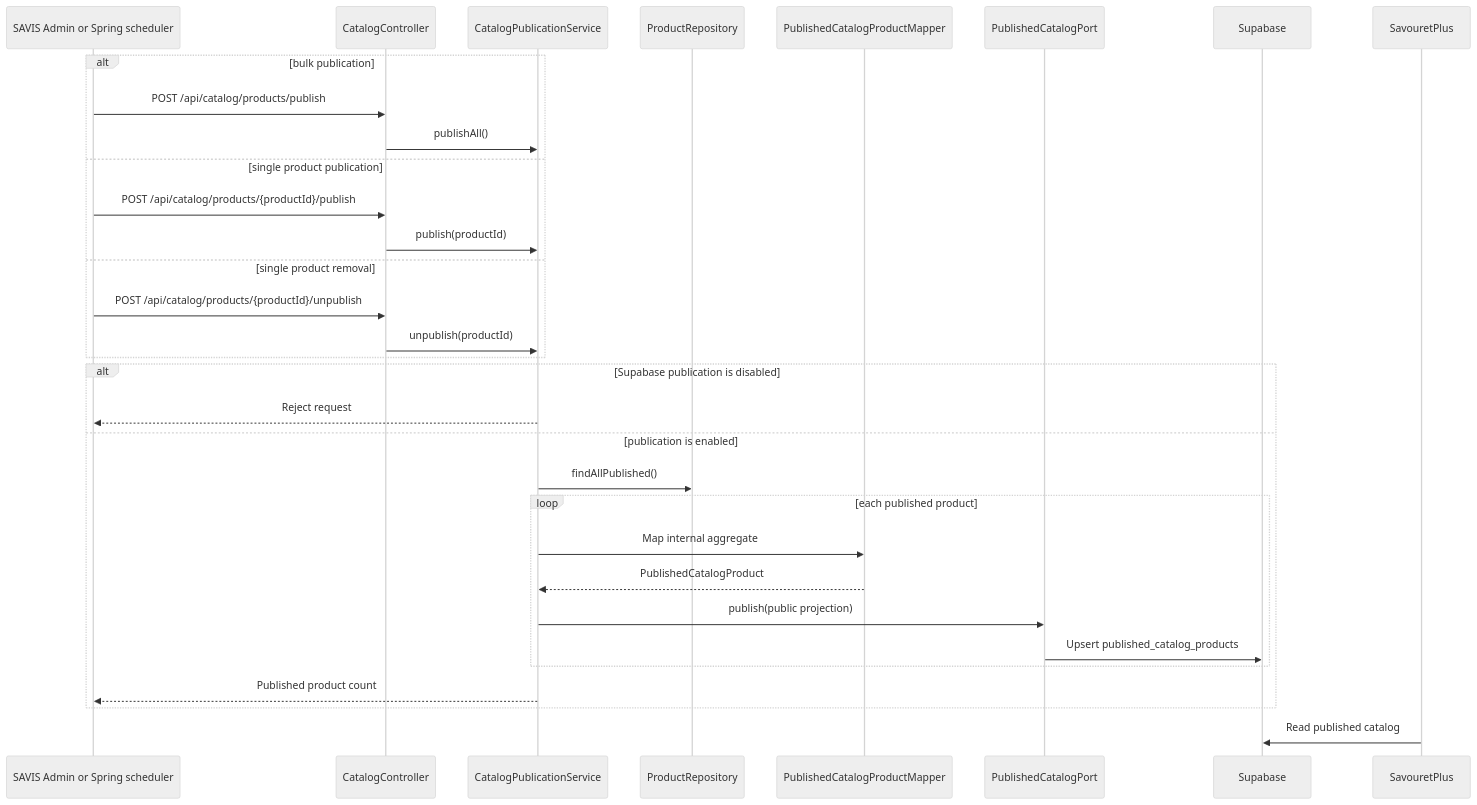
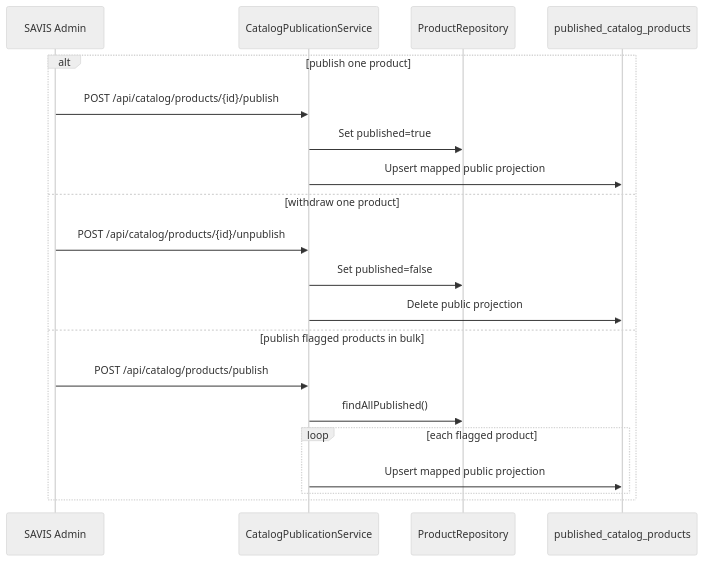
Diagram 14 of 20 in docs/ARCHITECTURE.md (wiljeanlouis/savis), drawn with Mermaid (neutral theme) before and after one commit. The commit also changed other lines of this file and 24 other files, not shown here.

First line of the commit message:
fix: Add Business Reference documentation for SAVIS API (#171)

````diff
--- a/docs/ARCHITECTURE.md
+++ b/docs/ARCHITECTURE.md
@@ -817,37 +908,23 @@
 ```mermaid
 sequenceDiagram
-  participant Trigger as SAVIS Admin or Spring scheduler
-  participant Controller as CatalogController
+  participant Admin as SAVIS Admin
   participant Publication as CatalogPublicationService
   participant Products as ProductRepository
-  participant Mapper as PublishedCatalogProductMapper
-  participant Port as PublishedCatalogPort
-  participant Supabase as Supabase
-  participant Storefront as SavouretPlus
+  participant Supabase as published_catalog_products
 
-  alt bulk publication
-    Trigger->>Controller: POST /api/catalog/products/publish
-    Controller->>Publication: publishAll()
-  else single product publication
-    Trigger->>Controller: POST /api/catalog/products/{productId}/publish
-    Controller->>Publication: publish(productId)
-  else single product removal
-    Trigger->>Controller: POST /api/catalog/products/{productId}/unpublish
-    Controller->>Publication: unpublish(productId)
+  alt publish one product
+    Admin->>Publication: POST /api/catalog/products/{id}/publish
+    Publication->>Products: Set published=true
+    Publication->>Supabase: Upsert mapped public projection
+  else withdraw one product
+    Admin->>Publication: POST /api/catalog/products/{id}/unpublish
+    Publication->>Products: Set published=false
+    Publication->>Supabase: Delete public projection
+  else publish flagged products in bulk
+    Admin->>Publication: POST /api/catalog/products/publish
+    Publication->>Products: findAllPublished()
+    loop each flagged product
+      Publication->>Supabase: Upsert mapped public projection
+    end
   end
-
-  alt Supabase publication is disabled
-    Publication-->>Trigger: Reject request
-  else publication is enabled
-    Publication->>Products: findAllPublished()
-    loop each published product
-      Publication->>Mapper: Map internal aggregate
-      Mapper-->>Publication: PublishedCatalogProduct
-      Publication->>Port: publish(public projection)
-      Port->>Supabase: Upsert published_catalog_products
-    end
-    Publication-->>Trigger: Published product count
-  end
-
-  Storefront->>Supabase: Read published catalog
 ```
````
